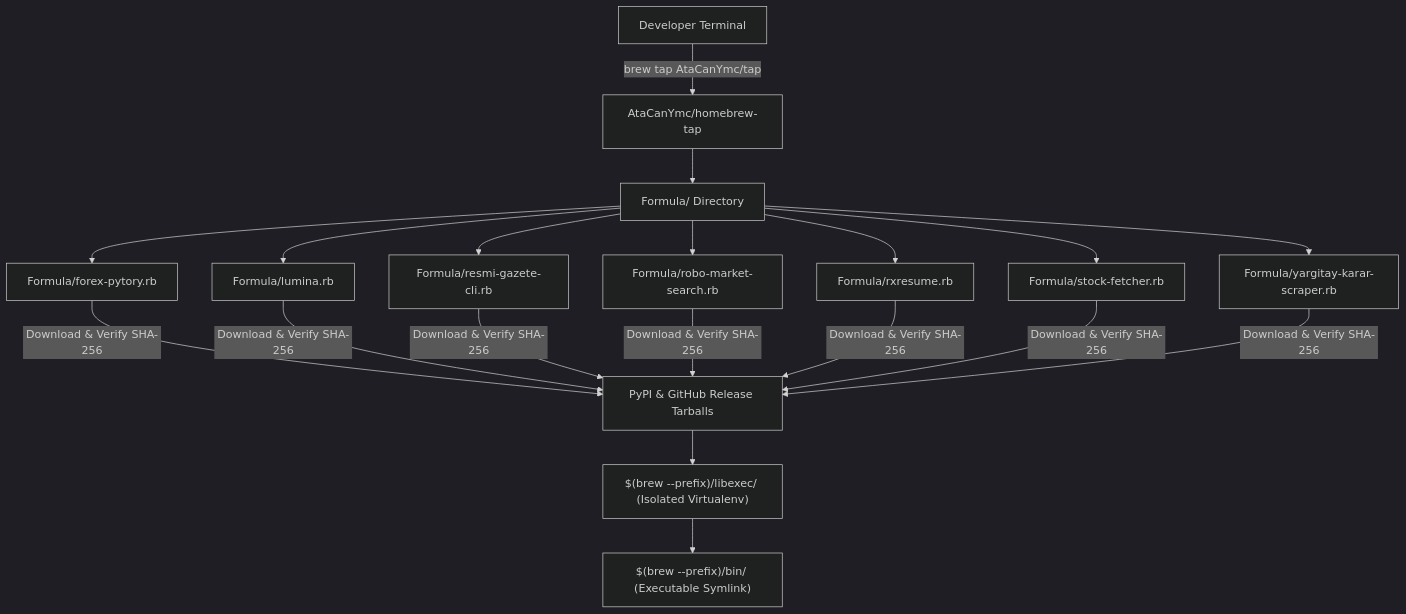
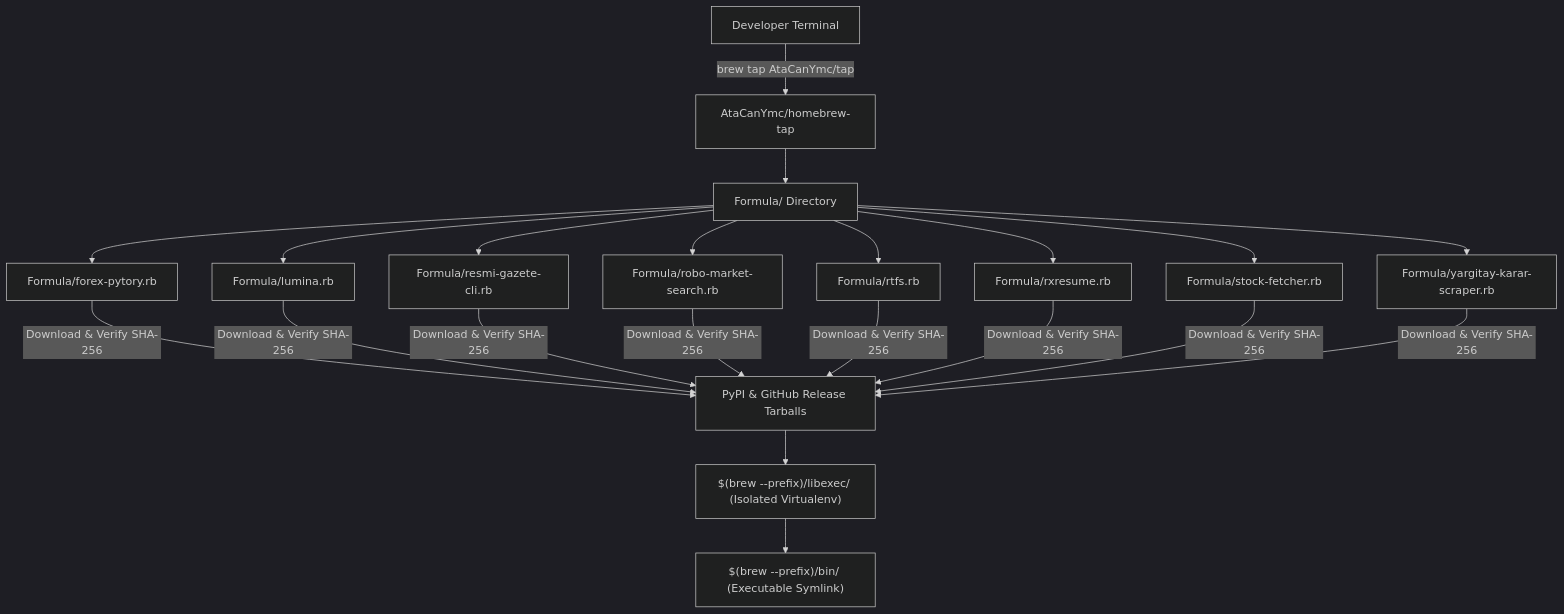
Before and after one commit to AtaCanYmc/homebrew-tap: the diagram in README.md, drawn with Mermaid (dark theme). The commit also changed other lines of this file and 2 other files, not shown here.

Commit message:
chore(formula): sync rtfs 0.1.1 release-please annotation and tap docs

````diff
--- a/README.md
+++ b/README.md
@@ -38,17 +38,18 @@
 ```mermaid
 flowchart TD
     User["Developer Terminal"] -->|"brew tap AtaCanYmc/tap"| TapRepo["AtaCanYmc/homebrew-tap"]
     TapRepo --> FormulaDir["Formula/ Directory"]
 
     FormulaDir --> F1["Formula/forex-pytory.rb"]
     FormulaDir --> F2["Formula/lumina.rb"]
     FormulaDir --> F3["Formula/resmi-gazete-cli.rb"]
     FormulaDir --> F4["Formula/robo-market-search.rb"]
-    FormulaDir --> F5["Formula/rxresume.rb"]
-    FormulaDir --> F6["Formula/stock-fetcher.rb"]
-    FormulaDir --> F7["Formula/yargitay-karar-scraper.rb"]
+    FormulaDir --> F5["Formula/rtfs.rb"]
+    FormulaDir --> F6["Formula/rxresume.rb"]
+    FormulaDir --> F7["Formula/stock-fetcher.rb"]
+    FormulaDir --> F8["Formula/yargitay-karar-scraper.rb"]
 
-    F1 & F2 & F3 & F4 & F5 & F6 & F7 -->|"Download & Verify SHA-256"| Upstream["PyPI & GitHub Release Tarballs"]
+    F1 & F2 & F3 & F4 & F5 & F6 & F7 & F8 -->|"Download & Verify SHA-256"| Upstream["PyPI & GitHub Release Tarballs"]
     Upstream --> Venv["$(brew --prefix)/libexec/<formula> (Isolated Virtualenv)"]
     Venv --> Bin["$(brew --prefix)/bin/<binary> (Executable Symlink)"]
 ```
````
